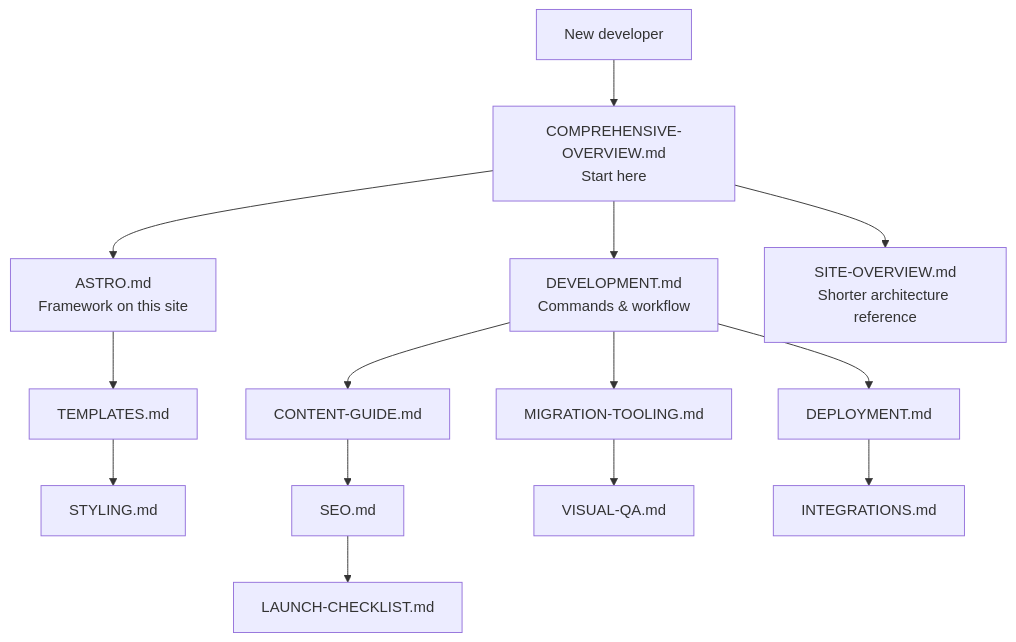
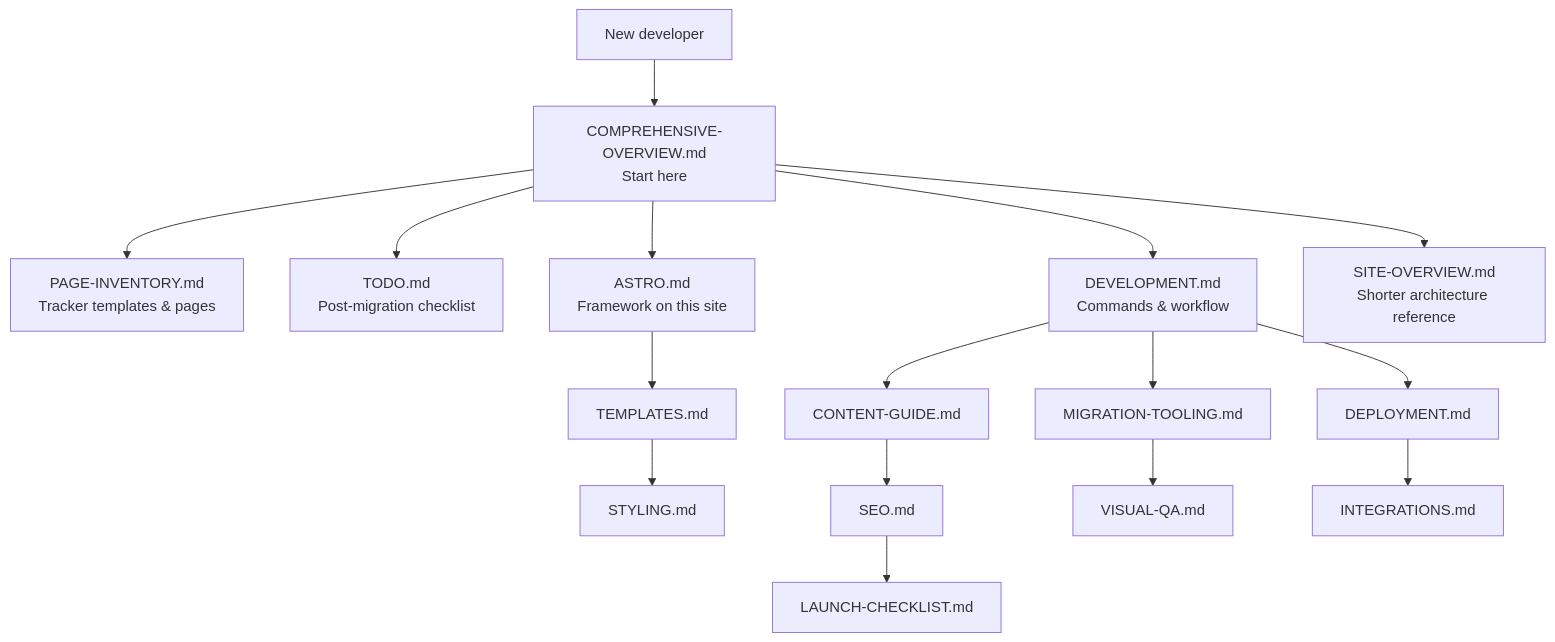
The first of 4 diagrams in graphs/documentation-map.md (thatsrob/internal-astro-documentation), drawn with Mermaid before and after one commit. The commit also changed 9 other files, not shown here.

Commit message:
Update internal documentation to include links to PAGE-INVENTORY.md and TODO.md across multiple files, enhancing navigation and providing clearer guidance for post-migration tasks and resource tracking.

````diff
--- a/graphs/documentation-map.md
+++ b/graphs/documentation-map.md
@@ -7,23 +7,25 @@
 ```mermaid
 flowchart TD
     START["New developer"]
     START --> CO["COMPREHENSIVE-OVERVIEW.md<br/>Start here"]
+    CO --> INV["PAGE-INVENTORY.md<br/>Tracker templates & pages"]
+    CO --> TODO["TODO.md<br/>Post-migration checklist"]
     CO --> ASTRO["ASTRO.md<br/>Framework on this site"]
     CO --> DEV["DEVELOPMENT.md<br/>Commands & workflow"]
     
     ASTRO --> TEMPLATES["TEMPLATES.md"]
     DEV --> CONTENT["CONTENT-GUIDE.md"]
     
     TEMPLATES --> STYLING["STYLING.md"]
     CONTENT --> SEO["SEO.md"]
     
     DEV --> DEPLOY["DEPLOYMENT.md"]
     SEO --> LAUNCH["LAUNCH-CHECKLIST.md"]
     
     DEV --> MIGRATE["MIGRATION-TOOLING.md"]
     MIGRATE --> VISUAL["VISUAL-QA.md"]
     
     DEPLOY --> INTEG["INTEGRATIONS.md"]
     
     CO --> SITE["SITE-OVERVIEW.md<br/>Shorter architecture reference"]
 ```
````
